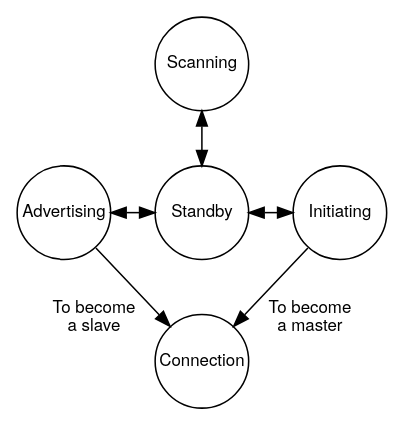
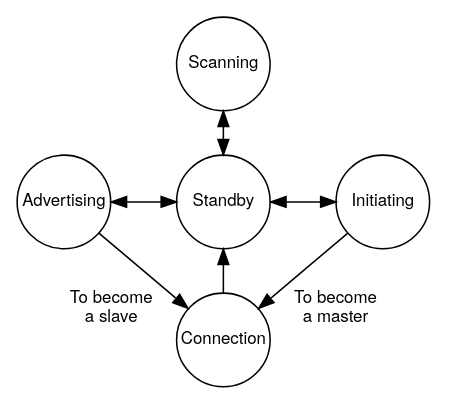
One commit to EarthLord/MasterThesisReport changed the diagram in Images/Roles.dot. Above: the diagram before and after it, drawn with Graphviz. The commit also changed 27 other files, not shown here.

```diff
--- a/Images/Roles.dot
+++ b/Images/Roles.dot
@@ -1,19 +1,20 @@
   digraph main_flow {
-  	graph[nodesep=0.4, ranksep=0.5]
+  	graph[nodesep=0.6, ranksep=0.4]
 
    Sb [fontsize=11.0,shape=circle,fixedsize=true,width=0.85,fontname="Helvetica Neue",label="Standby"]
  	A [fontsize=11.0,shape=circle,fixedsize=true,width=0.85,fontname="Helvetica Neue",label="Advertising"]
  	S [fontsize=11.0,shape=circle,fixedsize=true,width=0.85,fontname="Helvetica Neue",label="Scanning"]
  	I [fontsize=11.0,shape=circle,fixedsize=true,width=0.85,fontname="Helvetica Neue",label="Initiating"]
  	C [fontsize=11.0,shape=circle,fixedsize=true,width=0.85,fontname="Helvetica Neue",label="Connection"]
 
  	{
  		rank=same; Sb; A; I;
  	}
 
  	S -> Sb [dir=both];
  	A -> Sb [dir=both];
  	Sb -> I [dir=both];
  	A -> C [fontsize=11.0,labeldistance=5,labelangle=40,headlabel="To become\na slave",fontname = "Helvetica Neue"];
  	I -> C [fontsize=11.0,labeldistance=5,labelangle=-40,headlabel="To become\na master",fontname = "Helvetica Neue"];
+ 	C -> Sb;
 }
```
